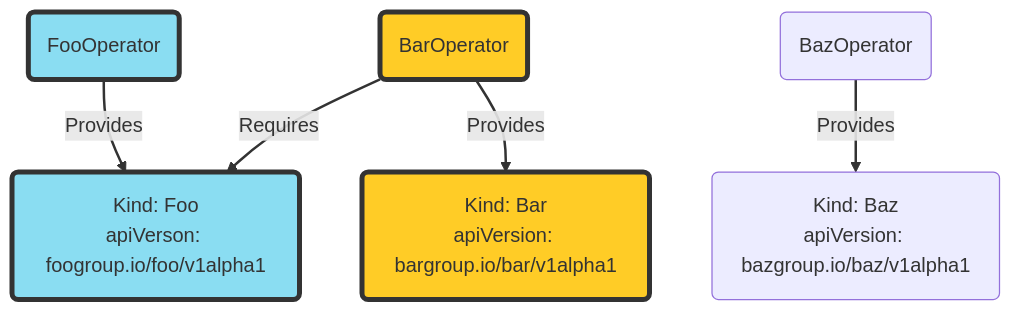
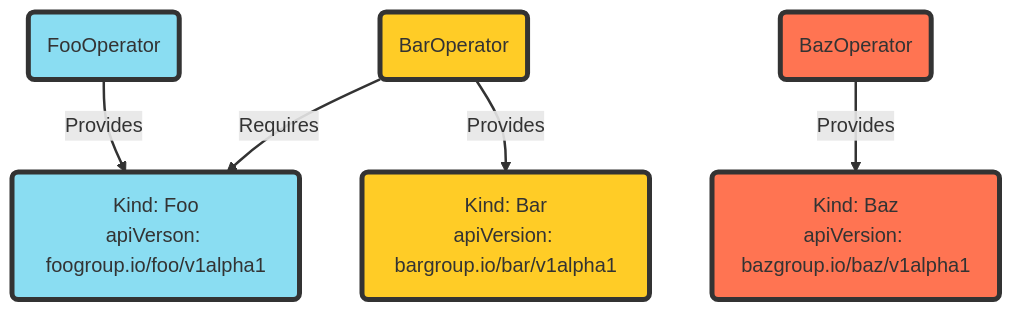
One commit to operator-framework/olm-docs changed the first of 5 diagrams in content/en/docs/Concepts/olm-architecture/dependency-resolution/_index.md. Above: the diagram before and after it, drawn with Mermaid.

```diff
--- a/content/en/docs/Concepts/olm-architecture/dependency-resolution/_index.md
+++ b/content/en/docs/Concepts/olm-architecture/dependency-resolution/_index.md
@@ -12,16 +12,17 @@
 {{<mermaid>}}
 graph TD;
     e(FooOperator) --> |Provides|ec(Kind: Foo<br/>apiVerson: foogroup.io/foo/v1alpha1);
     v(BarOperator) --> |Provides|vs(Kind: Bar<br/>apiVersion: bargroup.io/bar/v1alpha1);
     s(BazOperator) --> |Provides|ss(Kind: Baz<br />apiVersion: bazgroup.io/baz/v1alpha1)
     v--> |Requires|ec;
     
     classDef foo fill:#8addf2,stroke:#333,stroke-width:4px;
     classDef bar fill:#ffcc26,stroke:#333,stroke-width:4px;
     classDef baz fill:#ff7452,stroke:#333,stroke-width:4px;
 
     class e,ec foo;
     class v,vs bar;
+    class s,ss baz;
     
     linkStyle default fill:none,stroke-width:2px;
 {{</mermaid>}}
```
